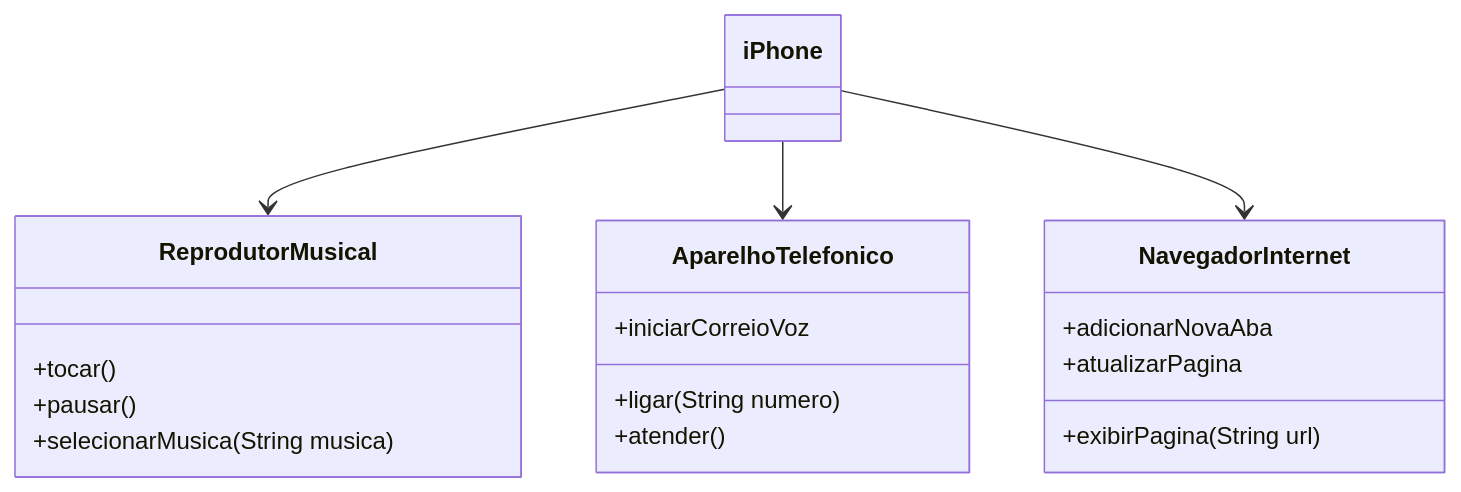
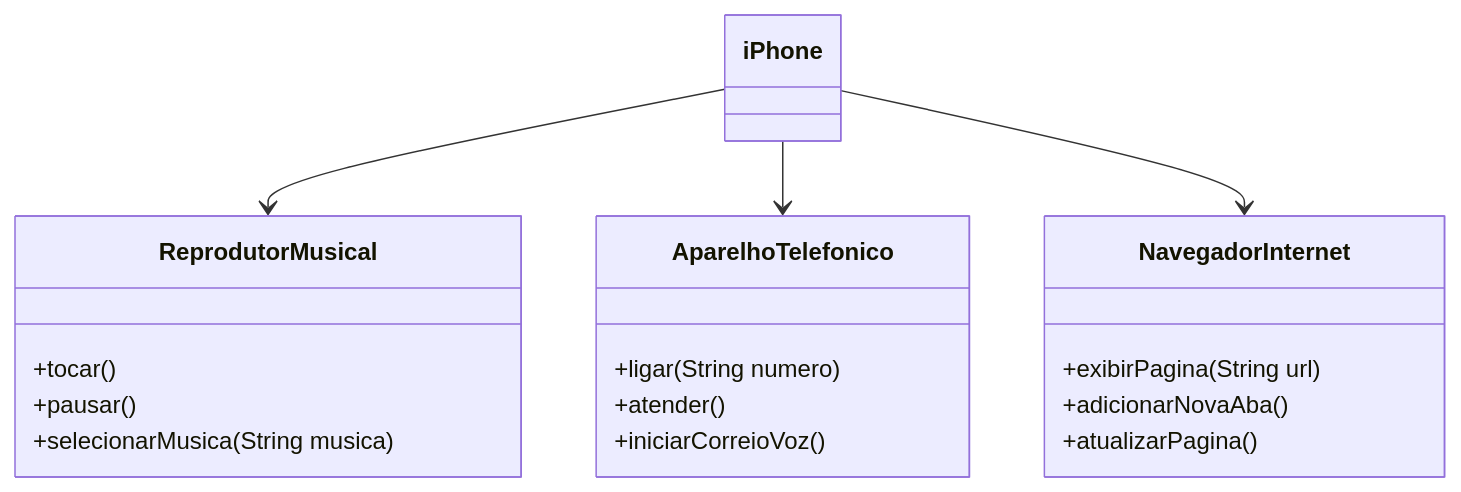
One commit to joaocla/dio-java-desafios changed the diagram in Desafio-iPhone/README.md. Above: the diagram before and after it, drawn with Mermaid.

Commit message:
corrige ilustracao do diagrama

````diff
--- a/Desafio-iPhone/README.md
+++ b/Desafio-iPhone/README.md
@@ -25,27 +25,27 @@
 ```mermaid
 classDiagram
     class ReprodutorMusical {
         +tocar()
         +pausar()
         +selecionarMusica(String musica)
     }
 
     class AparelhoTelefonico {
         +ligar(String numero)
         +atender()
-        +iniciarCorreioVoz
+        +iniciarCorreioVoz()
     }
 
     class NavegadorInternet {
         +exibirPagina(String url)
-        +adicionarNovaAba
-        +atualizarPagina
+        +adicionarNovaAba()
+        +atualizarPagina()
     }
 
     class iPhone {
     }
 
     iPhone --> ReprodutorMusical
     iPhone --> AparelhoTelefonico
     iPhone --> NavegadorInternet
 ```
````
